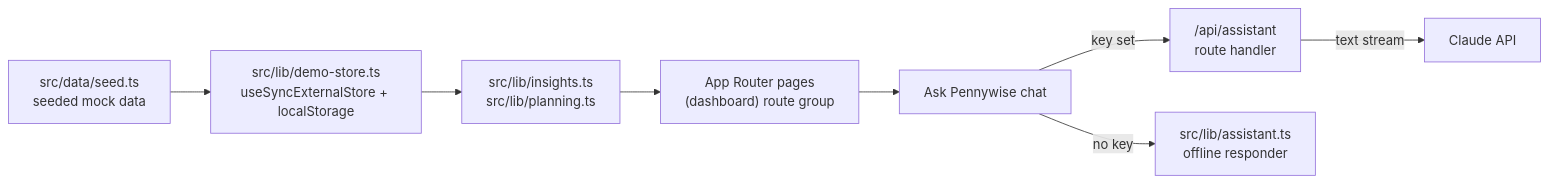
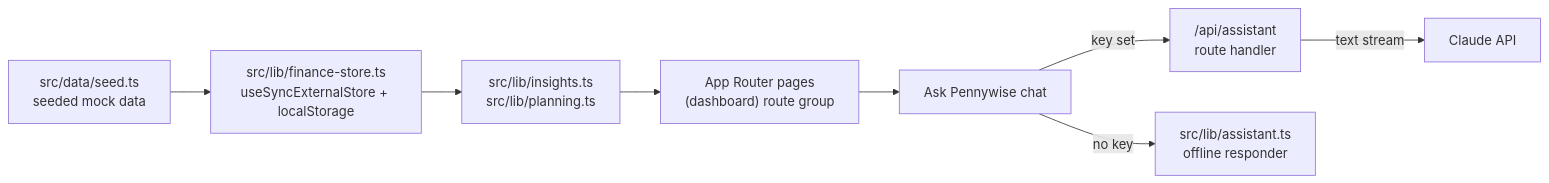
One commit to Areal-G/pennywise changed the diagram in README.md. Above: the diagram before and after it, drawn with Mermaid. The commit also changed other lines of this file and 42 other files, not shown here.

````diff
--- a/README.md
+++ b/README.md
@@ -147,10 +145,10 @@
 ```mermaid
 flowchart LR
-    Seed["src/data/seed.ts<br/>seeded mock data"] --> Store["src/lib/demo-store.ts<br/>useSyncExternalStore + localStorage"]
+    Seed["src/data/seed.ts<br/>seeded mock data"] --> Store["src/lib/finance-store.ts<br/>useSyncExternalStore + localStorage"]
     Store --> Derive["src/lib/insights.ts<br/>src/lib/planning.ts"]
     Derive --> Pages["App Router pages<br/>(dashboard) route group"]
     Pages --> Chat["Ask Pennywise chat"]
     Chat -->|"key set"| Route["/api/assistant<br/>route handler"]
     Route -->|"text stream"| Claude["Claude API"]
     Chat -->|"no key"| Offline["src/lib/assistant.ts<br/>offline responder"]
 ```
````
